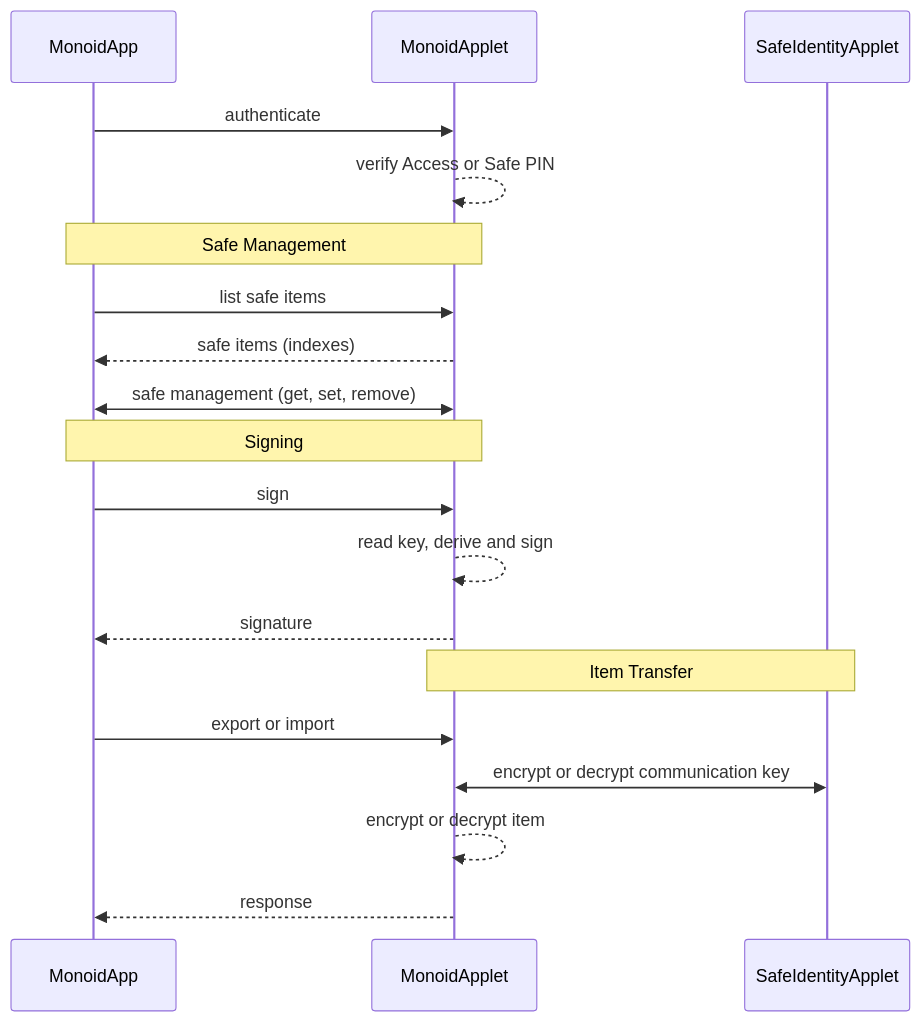
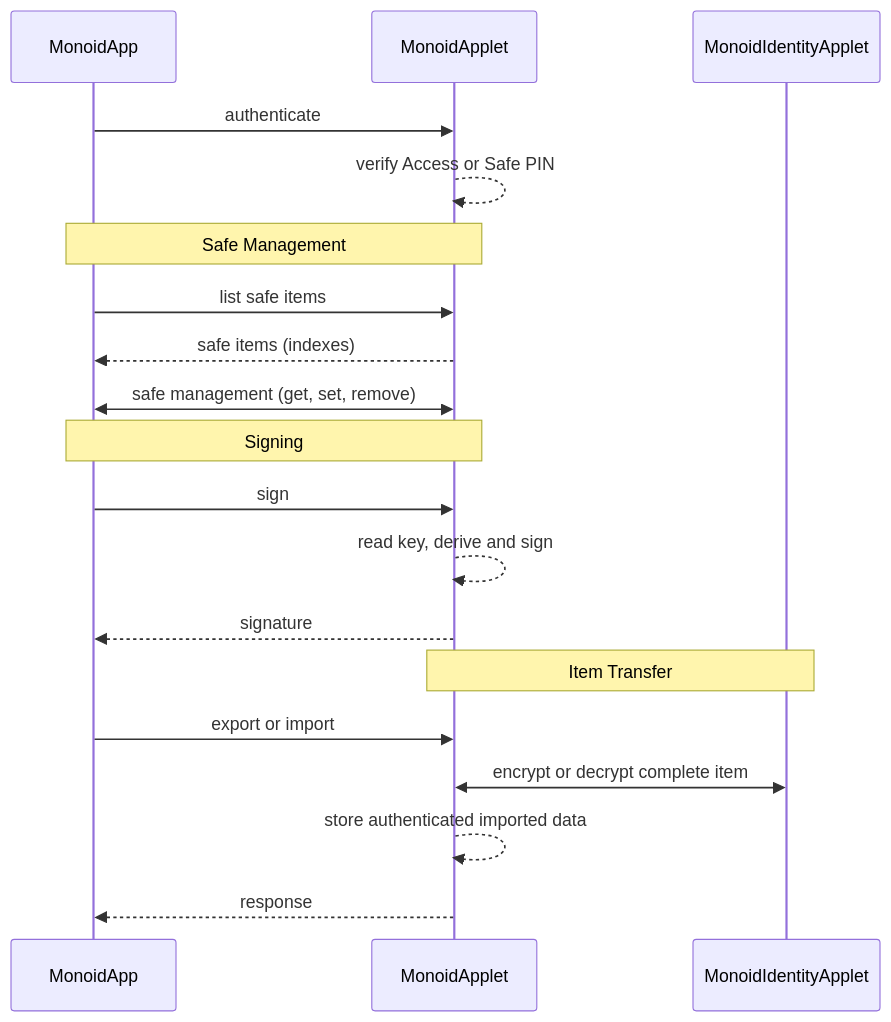
One commit to vilicvane/monoid-javacard changed the diagram in doc/architecture.md. Above: the diagram before and after it, drawn with Mermaid. The commit also changed other lines of this file and 84 other files, not shown here.

Commit message:
monoid: add bundles, simplify hello and optimize identity transfers

````diff
--- a/doc/architecture.md
+++ b/doc/architecture.md
@@ -39,28 +41,28 @@
 ```mermaid
 sequenceDiagram
     participant MonoidApp
     participant MonoidApplet
-    participant SafeIdentityApplet
+    participant MonoidIdentityApplet
 
     MonoidApp ->> MonoidApplet: authenticate
     MonoidApplet -->> MonoidApplet: verify Access or Safe PIN
 
     note over MonoidApp, MonoidApplet: Safe Management
 
     MonoidApp ->> MonoidApplet: list safe items
     MonoidApplet -->> MonoidApp: safe items (indexes)
     MonoidApp <<->> MonoidApplet: safe management (get, set, remove)
 
     note over MonoidApp, MonoidApplet: Signing
 
     MonoidApp ->> MonoidApplet: sign
     MonoidApplet -->> MonoidApplet: read key, derive and sign
     MonoidApplet -->> MonoidApp: signature
 
-    note over MonoidApplet, SafeIdentityApplet: Item Transfer
+    note over MonoidApplet, MonoidIdentityApplet: Item Transfer
 
     MonoidApp ->> MonoidApplet: export or import
-    MonoidApplet <<->> SafeIdentityApplet: encrypt or decrypt communication key
-    MonoidApplet -->> MonoidApplet: encrypt or decrypt item
+    MonoidApplet <<->> MonoidIdentityApplet: encrypt or decrypt complete item
+    MonoidApplet -->> MonoidApplet: store authenticated imported data
     MonoidApplet -->> MonoidApp: response
 ```
````
